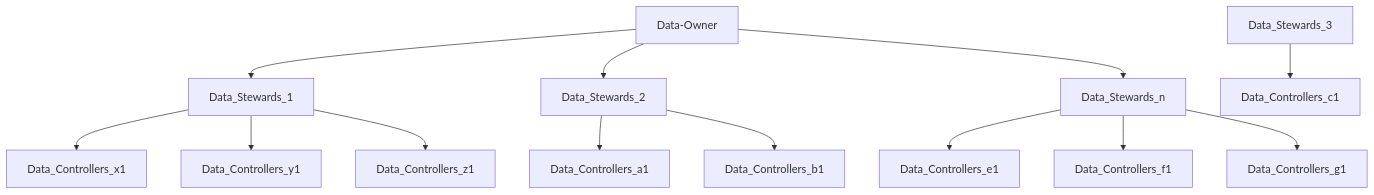
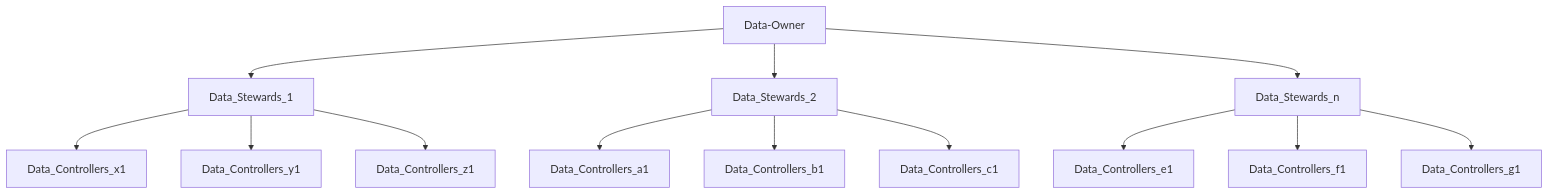
One commit to shyamsunderrai/DMC changed the diagram in Governance/Governance.MD. Above: the diagram before and after it, drawn with Mermaid.

````diff
--- a/Governance/Governance.MD
+++ b/Governance/Governance.MD
@@ -10,15 +10,15 @@
 ```mermaid
 graph TD;
     Data-Owner-->Data_Stewards_1;
     Data-Owner-->Data_Stewards_2;
     Data-Owner-->Data_Stewards_n; 
     Data_Stewards_1-->Data_Controllers_x1;
     Data_Stewards_1-->Data_Controllers_y1;
     Data_Stewards_1-->Data_Controllers_z1;
     Data_Stewards_2-->Data_Controllers_a1;
     Data_Stewards_2-->Data_Controllers_b1;
-    Data_Stewards_3-->Data_Controllers_c1;
+    Data_Stewards_2-->Data_Controllers_c1;
     Data_Stewards_n-->Data_Controllers_e1;
     Data_Stewards_n-->Data_Controllers_f1;
     Data_Stewards_n-->Data_Controllers_g1;
 ```
````
